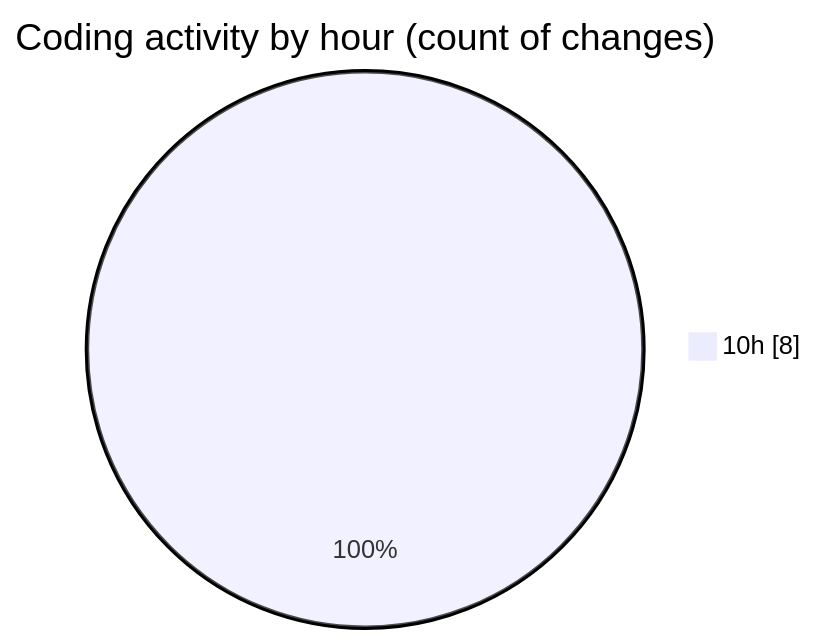
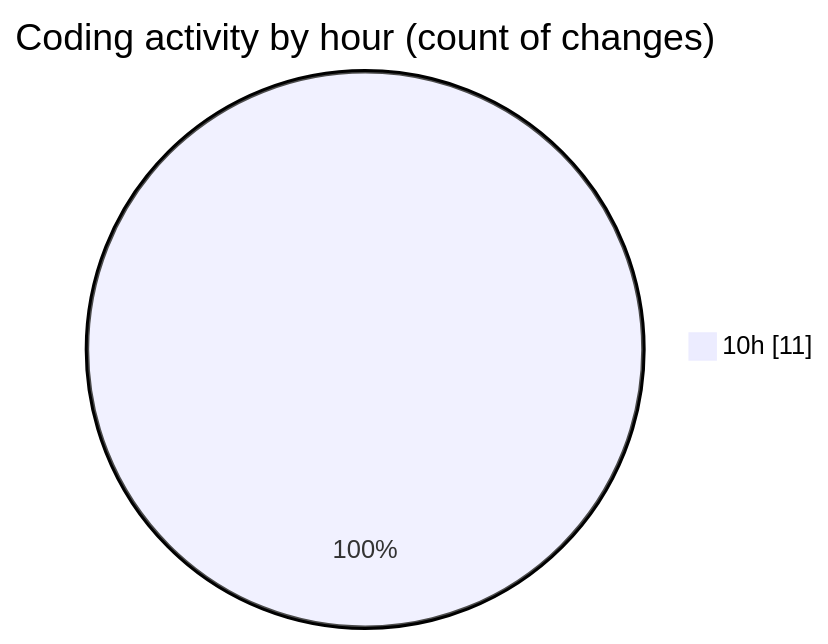
The second of 2 diagrams in 2025-02-08/react_ecom/README.md (Elitesun/code-tracking), drawn with Mermaid before and after one commit. The commit also changed other lines of this file and 1 other file, not shown here.

````diff
--- a/2025-02-08/react_ecom/README.md
+++ b/2025-02-08/react_ecom/README.md
@@ -30,5 +30,5 @@
 ```mermaid
 pie showData
 title Coding activity by hour (count of changes)
-"10h" : 8
+"10h" : 11
 ```
````
